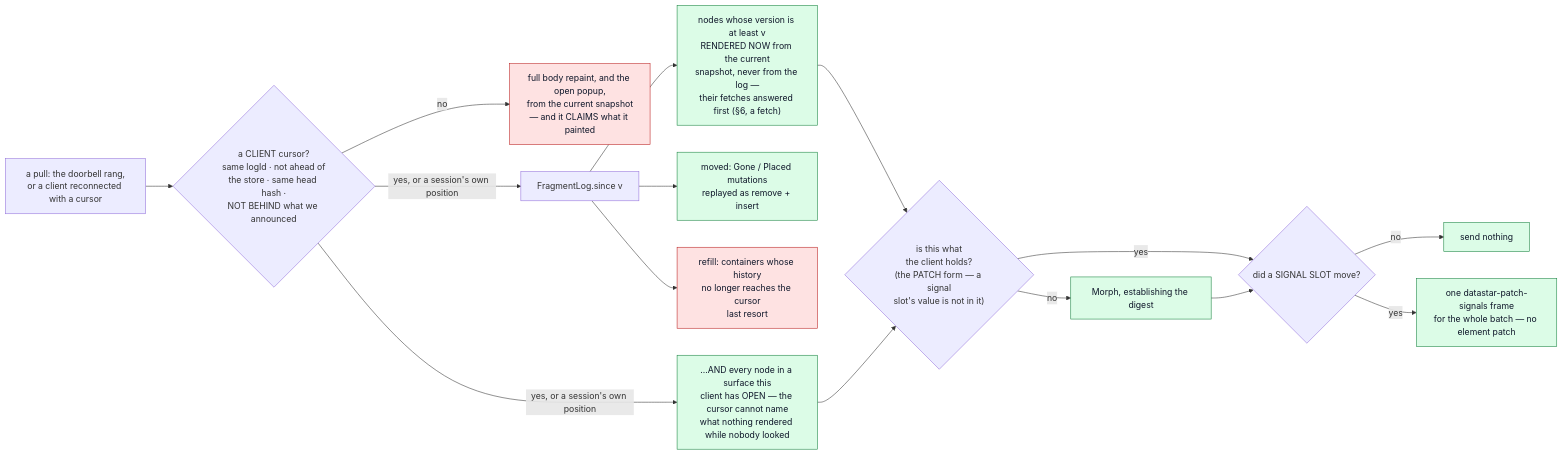
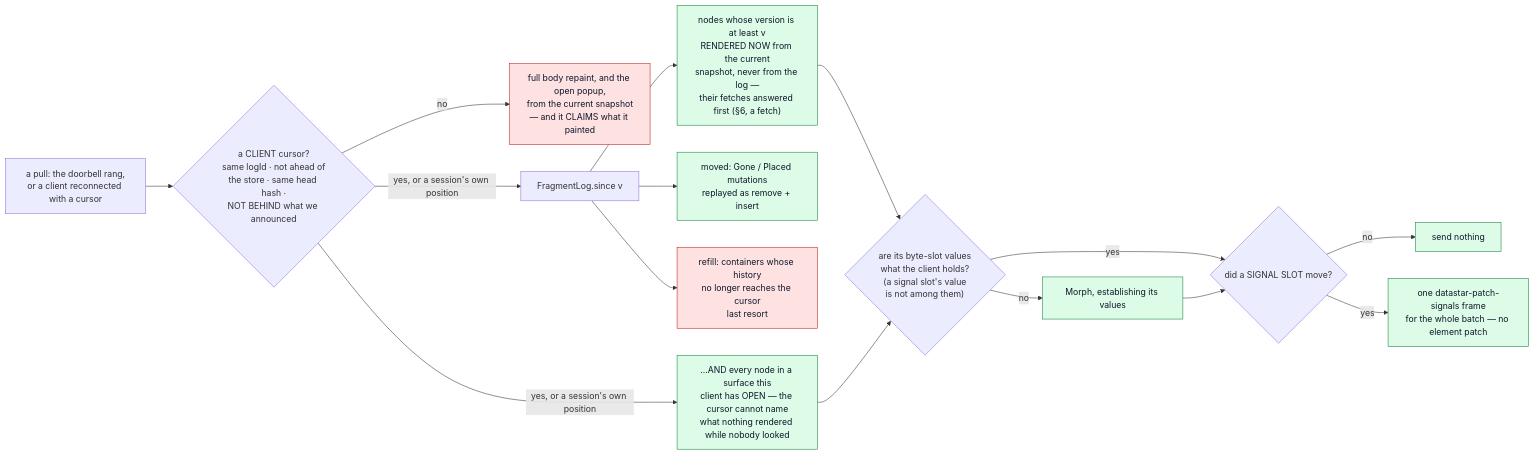
One commit to perok/functional-home-assistant changed the sixth of 6 diagrams in docs/architecture-rendering-pipeline.md. Above: the diagram before and after it, drawn with Mermaid. The commit also changed other lines of this file and 53 other files, not shown here.

First line of the commit message:
Render cache: byte-slot values are the key and what a session holds (#689)

````diff
--- a/docs/architecture-rendering-pipeline.md
+++ b/docs/architecture-rendering-pipeline.md
@@ -980,22 +974,22 @@
 ```mermaid
 flowchart LR
   RC["a pull: the doorbell rang,<br/>or a client reconnected with a cursor"] --> Q{"a CLIENT cursor?<br/>same logId · not ahead of<br/>the store · same head hash ·<br/>NOT BEHIND what we announced"}
   Q -->|no| REPAINT["full body repaint, and the open popup,<br/>from the current snapshot<br/>— and it CLAIMS what it painted"]
   Q -->|yes, or a session's own position| SINCE["FragmentLog.since v"]
   SINCE --> N["nodes whose version is at least v<br/>RENDERED NOW from the current<br/>snapshot, never from the log —<br/>their fetches answered first (§6, a fetch)"]
   SINCE --> M["moved: Gone / Placed mutations<br/>replayed as remove + insert"]
   SINCE --> R["refill: containers whose history<br/>no longer reaches the cursor<br/>last resort"]
   Q -->|yes, or a session's own position| OPENN["…AND every node in a surface this<br/>client has OPEN — the cursor cannot name<br/>what nothing rendered while nobody looked"]
-  N --> HOLD{"is this what<br/>the client holds?<br/>(the PATCH form — a signal<br/>slot's value is not in it)"}
+  N --> HOLD{"are its byte-slot values<br/>what the client holds?<br/>(a signal slot's value<br/>is not among them)"}
   OPENN --> HOLD
   HOLD -->|yes| SIG{"did a SIGNAL SLOT move?"}
-  HOLD -->|no| SEND["Morph, establishing the digest"]
+  HOLD -->|no| SEND["Morph, establishing its values"]
   SEND --> SIG
   SIG -->|no| DROP["send nothing"]
   SIG -->|yes| FRAME["one datastar-patch-signals frame<br/>for the whole batch — no element patch"]
 
   classDef ok fill:#dcfce7,stroke:#15803d,color:#0f172a
   classDef bad fill:#fee2e2,stroke:#b91c1c,color:#0f172a
   class N,M,OPENN,SEND,DROP,FRAME ok
   class REPAINT,R bad
 ```
````
